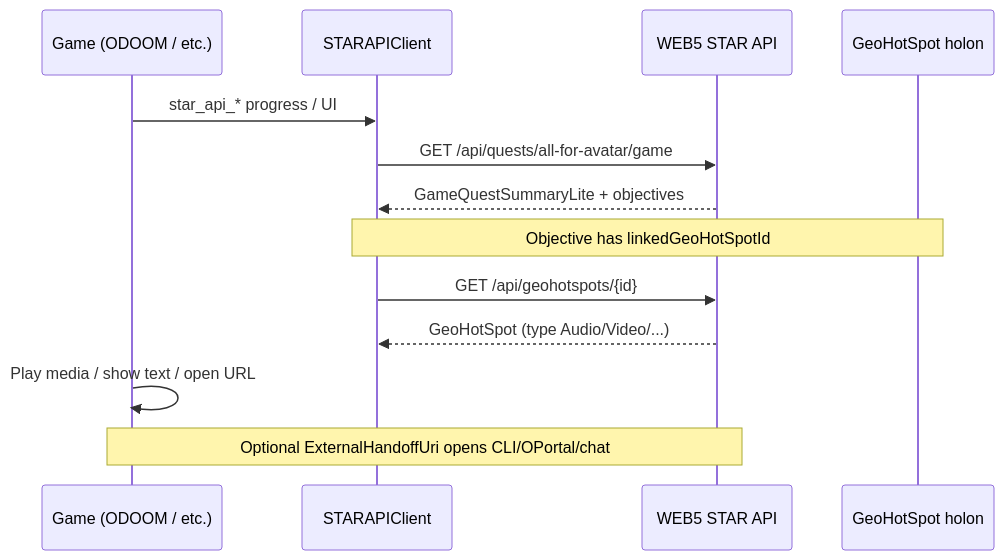
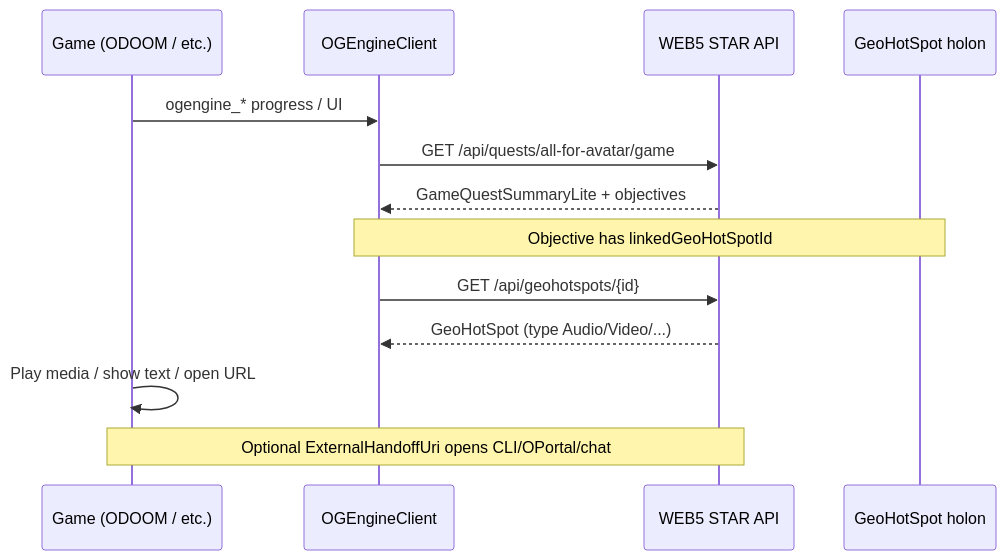
The second of 2 diagrams in OASIS Omniverse/Docs/OGEngine_Overview.md (NextGenSoftwareUK/OASIS), drawn with Mermaid before and after one commit. The commit also changed other lines of this file and 167 other files, not shown here.

````diff
--- a/OASIS Omniverse/Docs/OGEngine_Overview.md
+++ b/OASIS Omniverse/Docs/OGEngine_Overview.md
@@ -147,15 +147,15 @@
 ```mermaid
 sequenceDiagram
     participant Game as Game (ODOOM / etc.)
-    participant Client as STARAPIClient
+    participant Client as OGEngineClient
     participant API as WEB5 STAR API
     participant Geo as GeoHotSpot holon
-    Game->>Client: star_api_* progress / UI
+    Game->>Client: ogengine_* progress / UI
     Client->>API: GET /api/quests/all-for-avatar/game
     API-->>Client: GameQuestSummaryLite + objectives
     Note over Client,Geo: Objective has linkedGeoHotSpotId
     Client->>API: GET /api/geohotspots/{id}
     API-->>Client: GeoHotSpot (type Audio/Video/...)
     Game->>Game: Play media / show text / open URL
     Note over Game,API: Optional ExternalHandoffUri opens CLI/OPortal/chat
 ```
````
